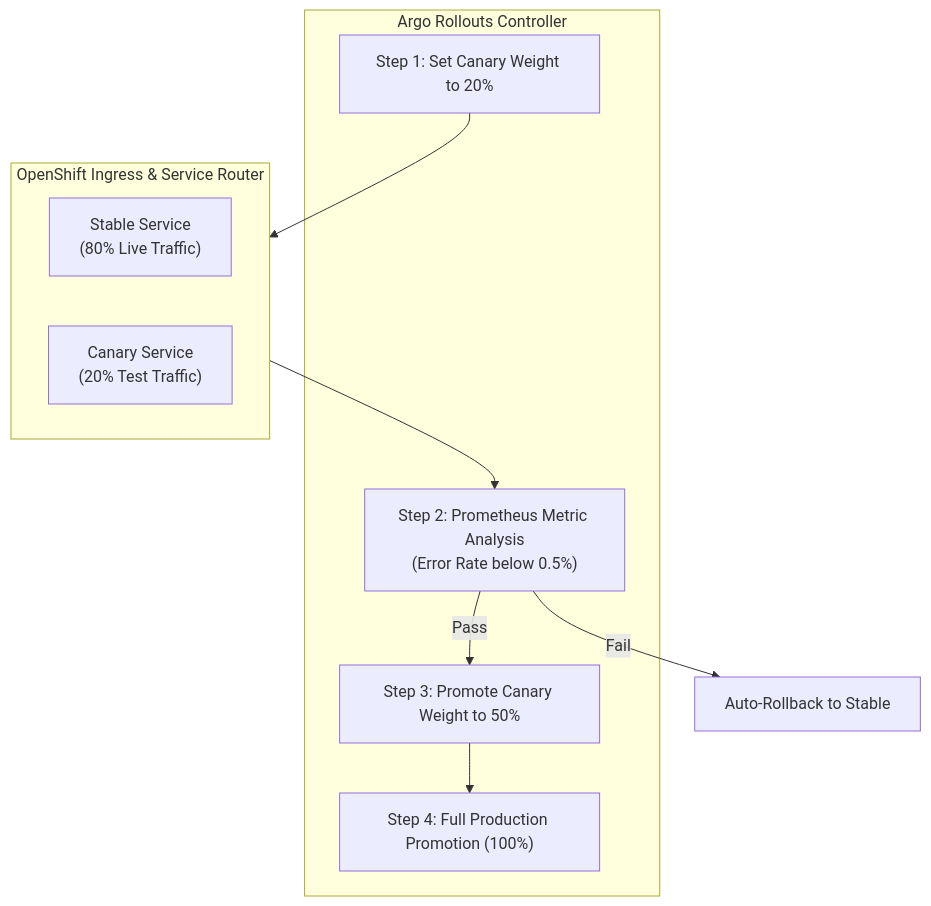
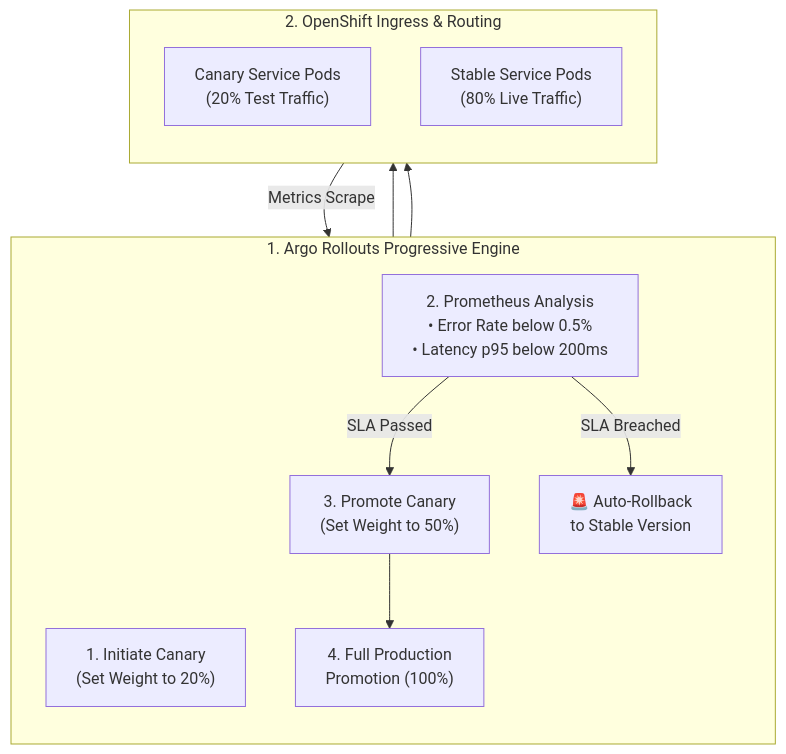
The tenth of 11 diagrams in README.md (nubenetes/jenkins-without-git-parameter), drawn with Mermaid before and after one commit.

Commit message:
fix(mermaid): wrap labels and use node-to-node links in Progressive Delivery diagram

````diff
--- a/README.md
+++ b/README.md
@@ -648,20 +648,24 @@
 ```mermaid
 flowchart TB
-    subgraph RolloutController["Argo Rollouts Controller"]
-        Step1["Step 1: Set Canary Weight to 20%"]
-        Step2["Step 2: Prometheus Metric Analysis<br/>(Error Rate below 0.5%)"]
-        Step3["Step 3: Promote Canary Weight to 50%"]
-        Step4["Step 4: Full Production Promotion (100%)"]
+    subgraph RolloutController["1. Argo Rollouts Progressive Engine"]
+        direction TB
+        Step1["1. Initiate Canary<br/>(Set Weight to 20%)"]
+        Step2["2. Prometheus Analysis<br/>• Error Rate below 0.5%<br/>• Latency p95 below 200ms"]
+        Step3["3. Promote Canary<br/>(Set Weight to 50%)"]
+        Step4["4. Full Production<br/>Promotion (100%)"]
+        Abort["🚨 Auto-Rollback<br/>to Stable Version"]
     end
 
-    subgraph RoutingLayer["OpenShift Ingress & Service Router"]
-        StableService["Stable Service<br/>(80% Live Traffic)"]
-        CanaryService["Canary Service<br/>(20% Test Traffic)"]
+    subgraph RoutingLayer["2. OpenShift Ingress & Routing"]
+        direction TB
+        CanaryService["Canary Service Pods<br/>(20% Test Traffic)"]
+        StableService["Stable Service Pods<br/>(80% Live Traffic)"]
     end
 
-    Step1 --> RoutingLayer
-    RoutingLayer --> Step2
-    Step2 -->|Pass| Step3
-    Step2 -->|Fail| Abort["Auto-Rollback to Stable"]
+    Step1 --> CanaryService
+    Step1 --> StableService
+    CanaryService -->|"Metrics Scrape"| Step2
+    Step2 -->|"SLA Passed"| Step3
+    Step2 -->|"SLA Breached"| Abort
     Step3 --> Step4
 ```
````
